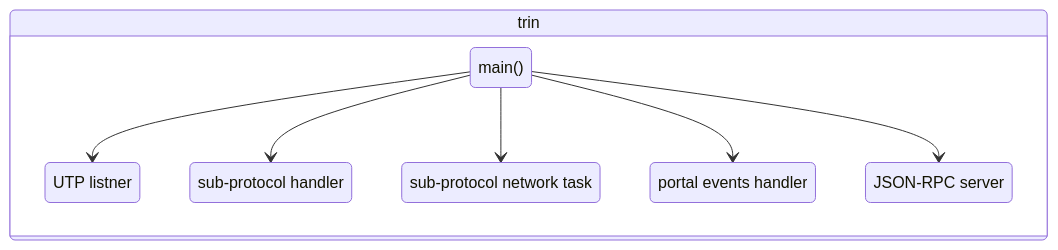
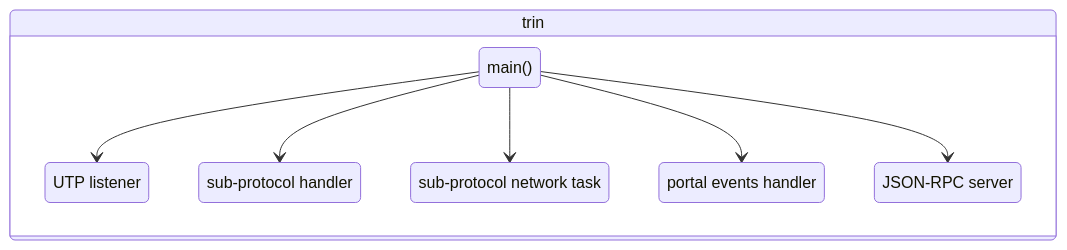
Before and after one commit to ethereum/trin: the first of 3 diagrams in book/src/developers/architecture/process_flow.md, drawn with Mermaid. The commit also changed 16 other files, not shown here.

````diff
--- a/book/src/developers/architecture/process_flow.md
+++ b/book/src/developers/architecture/process_flow.md
@@ -5,20 +5,20 @@
 ```mermaid
 stateDiagram-v2
     trin: trin
 
     state trin {
-        utplistner: UTP listner
+        utplistner: UTP listener
         subprotocolhandler: sub-protocol handler
         subprotocolnetworktask: sub-protocol network task
         portaleventshandler: portal events handler
         jsonrpcserver: JSON-RPC server
 
         main() --> utplistner
         main() --> subprotocolhandler
         main() --> subprotocolnetworktask
         main() --> portaleventshandler
         main() --> jsonrpcserver
 
     }
 
 ```
````
